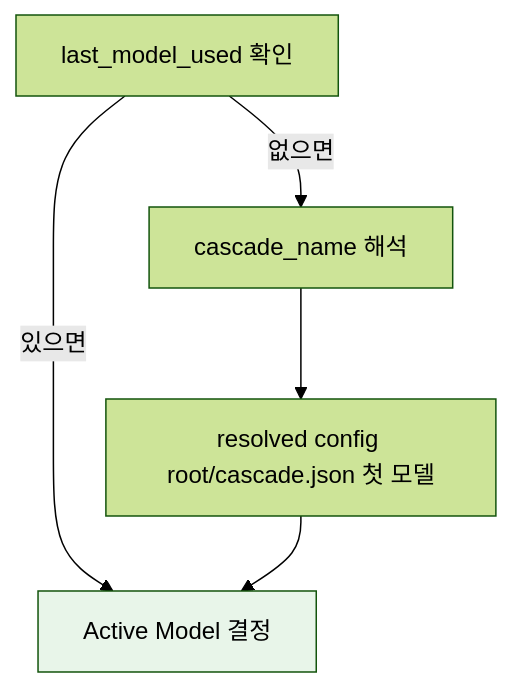
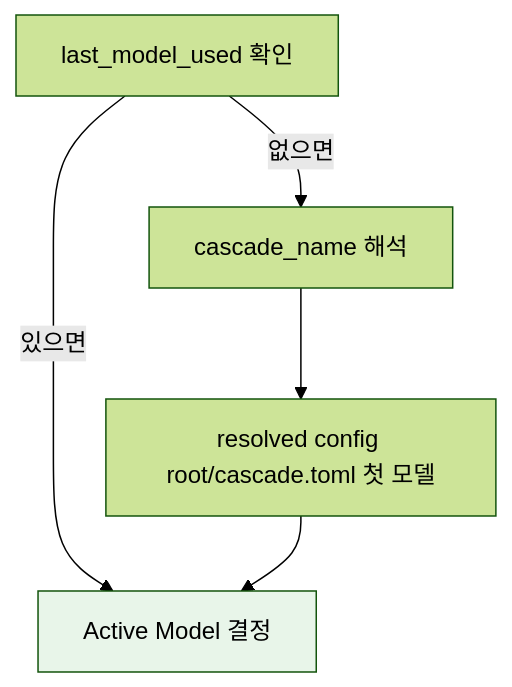
One commit to jeong-sik/masc changed the second of 3 diagrams in docs/KEEPER-USER-MANUAL.md. Above: the diagram before and after it, drawn with Mermaid (forest theme). The commit also changed other lines of this file and 128 other files, not shown here.

````diff
--- a/docs/KEEPER-USER-MANUAL.md
+++ b/docs/KEEPER-USER-MANUAL.md
@@ -614,9 +614,9 @@
 ```mermaid
 flowchart TD
     A[last_model_used 확인] -->|있으면| Z[Active Model 결정]
     A -->|없으면| B[cascade_name 해석]
-    B --> C[resolved config root/cascade.json 첫 모델]
+    B --> C[resolved config root/cascade.toml 첫 모델]
     C --> Z
 
     style Z fill:#e8f5e9
 ```
````
